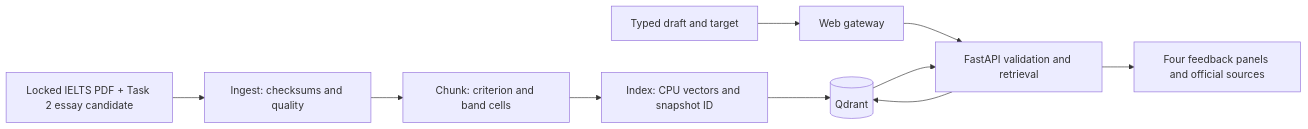
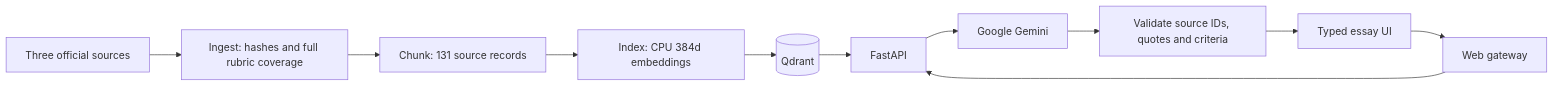
Before and after one commit to dwcqwcqw/stepwise: the diagram in README.md, drawn with Mermaid. The commit also changed other lines of this file and 57 other files, not shown here.

Commit message:
Implement live rubric-grounded Gemini assessment and essay generation; index full official standards

````diff
--- a/README.md
+++ b/README.md
@@ -29,12 +17,13 @@
 ```mermaid
 flowchart LR
-  A[Locked IELTS PDF + Task 2 essay candidate] --> B[Ingest: checksums and quality]
-  B --> C[Chunk: criterion and band cells]
-  C --> D[Index: CPU vectors and snapshot ID]
-  D --> E[(Qdrant)]
-  F[Typed draft and target] --> G[Web gateway]
-  G --> H[FastAPI validation and retrieval]
-  H --> E
-  E --> H
-  H --> I[Four feedback panels and official sources]
+    S[Three official sources] --> I[Ingest: hashes and full rubric coverage]
+    I --> C[Chunk: 131 source records]
+    C --> V[Index: CPU 384d embeddings]
+    V --> Q[(Qdrant)]
+    UI[Typed essay UI] --> W[Web gateway]
+    W --> A[FastAPI]
+    Q --> A
+    A --> G[Google Gemini]
+    G --> E[Validate source IDs, quotes and criteria]
+    E --> UI
 ```
````
